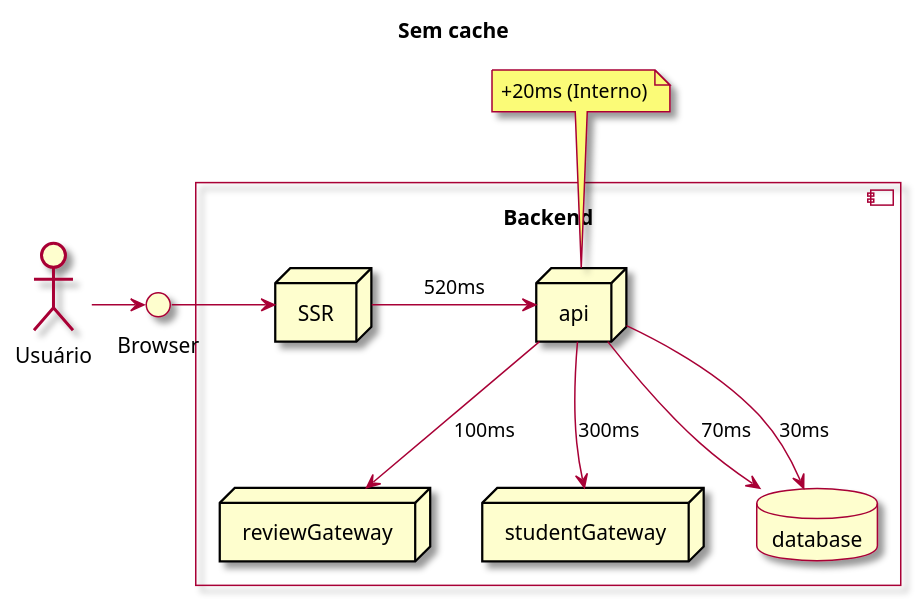
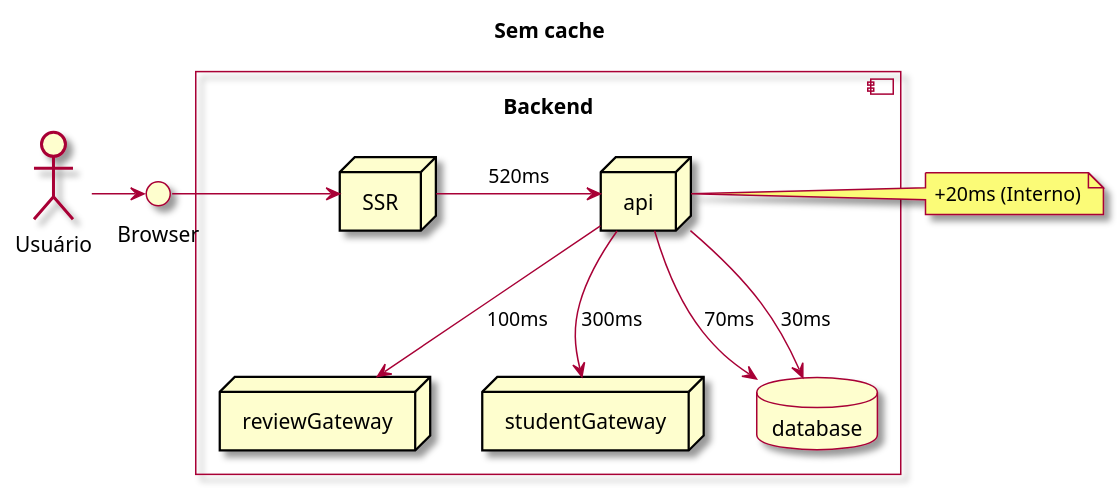
The diagram in docs/diagrams/request-sem-cache.plantuml (charlesardsilva/lecture-cache-content), drawn with PlantUML before and after one commit. The commit also changed 30 other files, not shown here.

Commit message:
Update diagram & code example

```diff
--- a/docs/diagrams/request-sem-cache.plantuml
+++ b/docs/diagrams/request-sem-cache.plantuml
@@ -1,32 +1,33 @@
 @startuml
 
 skin rose
 
 Title: Sem cache
 
 actor "Usuário" as actor
 interface "Browser" as browser
 
 
 actor -> browser
 
 
 component "Backend\n" {
 
   node SSR
   node "api" as backend
   node reviewGateway as reviewGateway
   node studentGateway as studentGateway
   database database
 
   browser -> SSR
   backend --> database: 70ms
   backend --> database: 30ms
   backend --> reviewGateway: 100ms
   backend --> studentGateway: 300ms
+
 }
 
 SSR -> backend: 520ms
-note top of backend: +20ms (Interno)
+note right of backend: +20ms (Interno)
 
 @enduml
```
